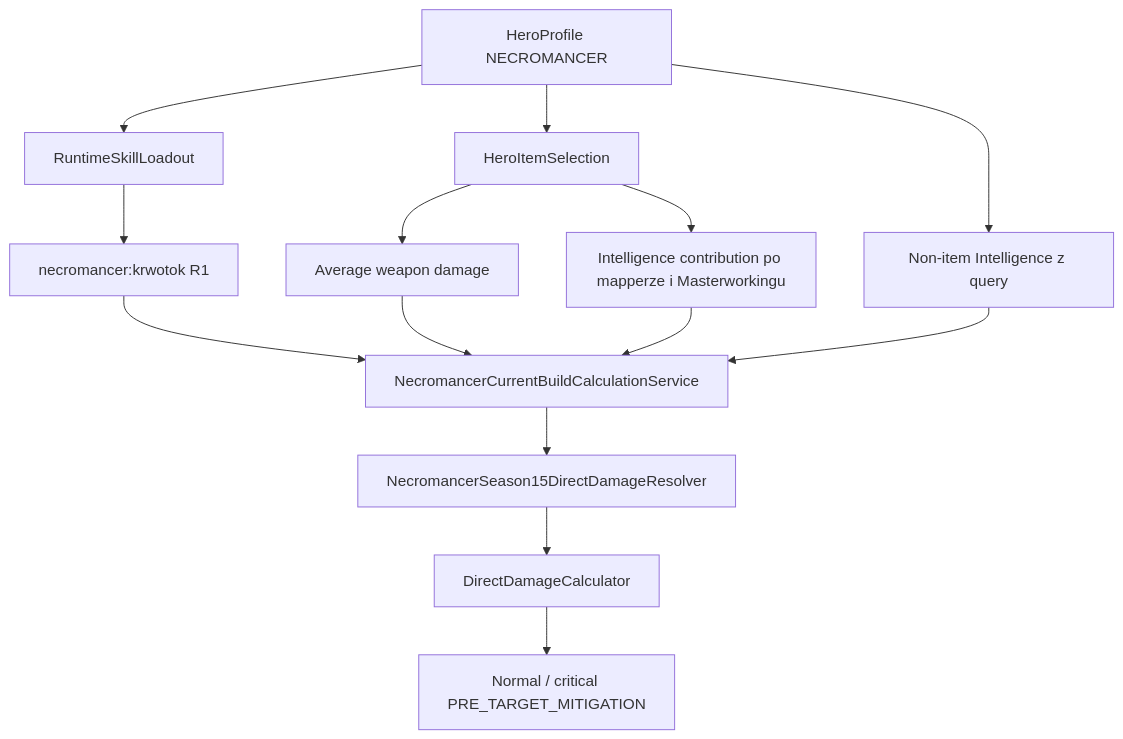
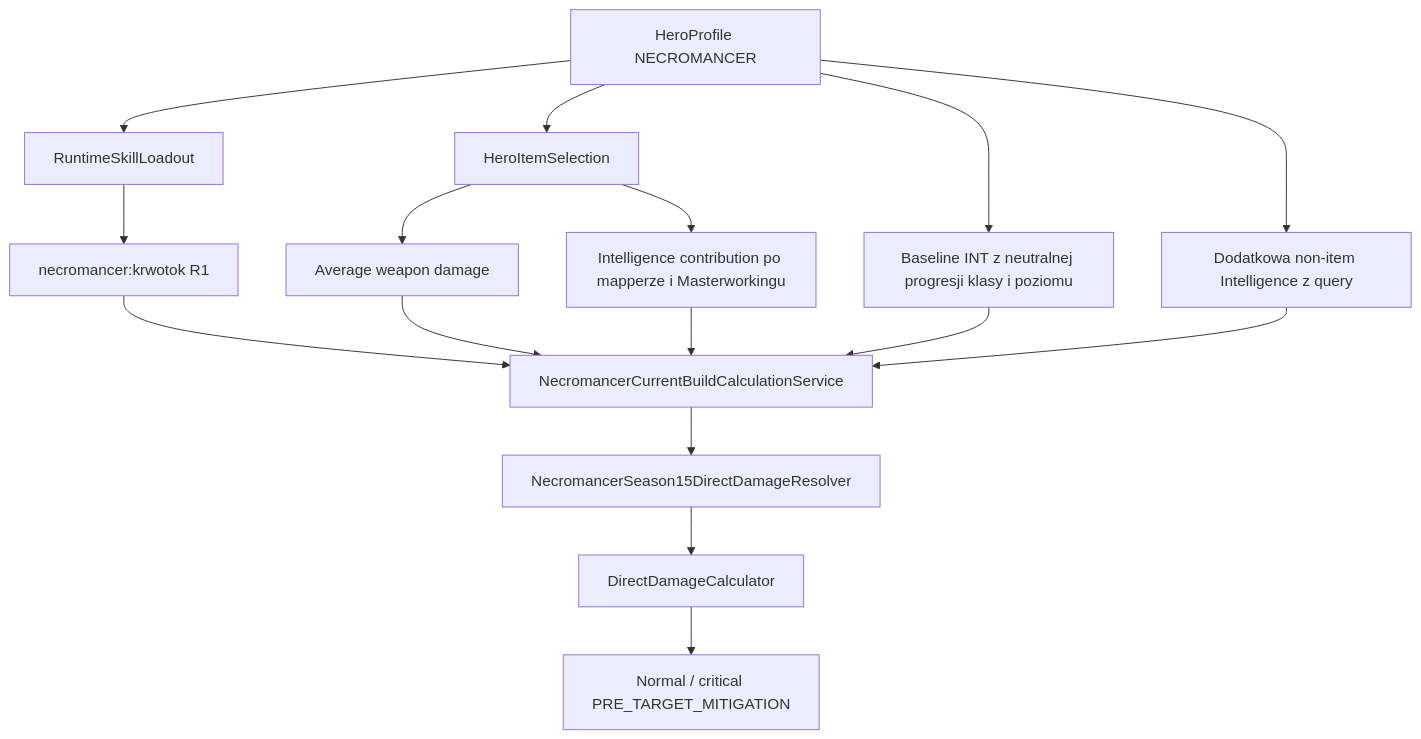
The seventh of 7 diagrams in README.md (krys211284/dstats), drawn with Mermaid before and after one commit. The commit also changed other lines of this file and 103 other files, not shown here.

````diff
--- a/README.md
+++ b/README.md
@@ -1319,16 +1351,18 @@
 ```mermaid
 flowchart TD
     H[HeroProfile NECROMANCER] --> L[RuntimeSkillLoadout]
     L --> S[necromancer:krwotok R1]
     H --> I[HeroItemSelection]
     I --> W[Average weapon damage]
     I --> A[Intelligence contribution po mapperze i Masterworkingu]
-    H --> N[Non-item Intelligence z query]
+    H --> B[Baseline INT z neutralnej progresji klasy i poziomu]
+    H --> N[Dodatkowa non-item Intelligence z query]
     S --> C[NecromancerCurrentBuildCalculationService]
     W --> C
     A --> C
+    B --> C
     N --> C
     C --> R[NecromancerSeason15DirectDamageResolver]
     R --> K[DirectDamageCalculator]
     K --> D[Normal / critical PRE_TARGET_MITIGATION]
 ```
````
